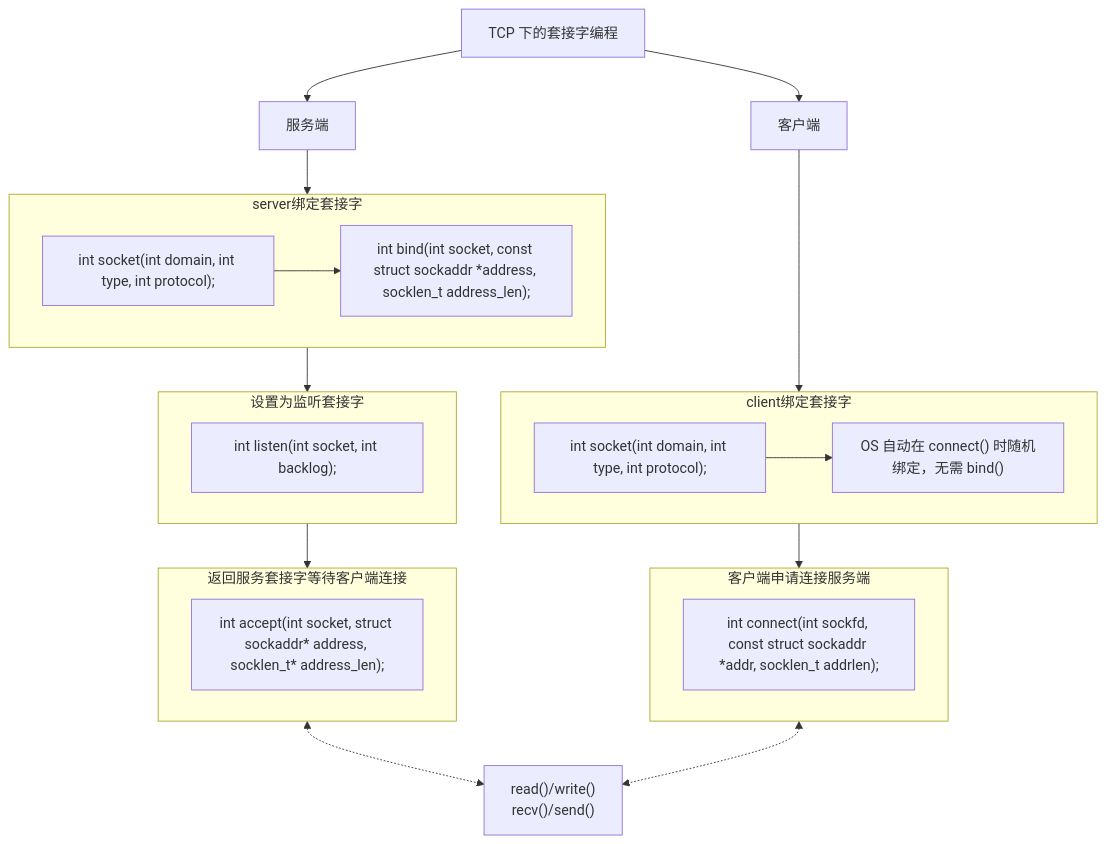
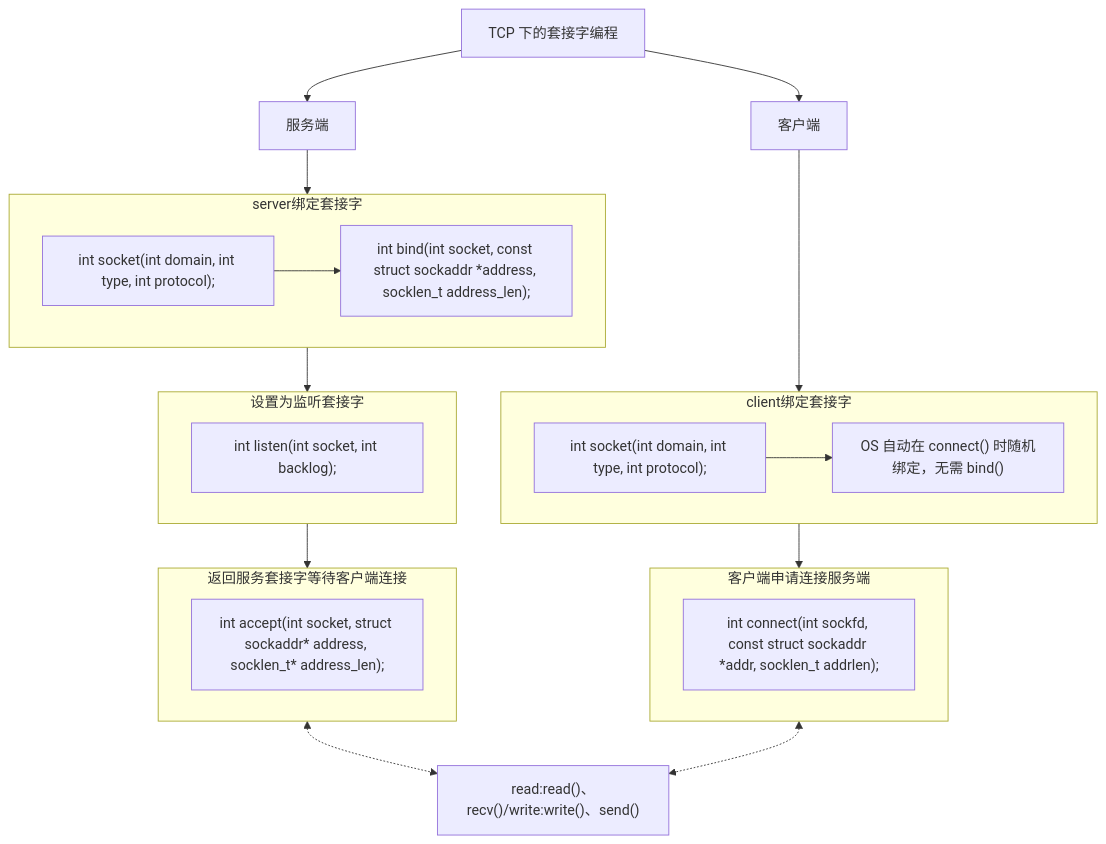
One commit to xiaogithubooo/LimouLearnNote changed the third of 3 diagrams in Computer_Networks_Note/002+limou+2024_01_23+套接字编程.md. Above: the diagram before and after it, drawn with Mermaid. The commit also changed other lines of this file and 3 other files, not shown here.

````diff
--- a/Computer_Networks_Note/002+limou+2024_01_23+套接字编程.md
+++ b/Computer_Networks_Note/002+limou+2024_01_23+套接字编程.md
@@ -2511,33 +2511,33 @@
 ```mermaid
 flowchart TD
 tcp["TCP 下的套接字编程"] --> server & client
 
 
 server["服务端"]
 subgraph server绑定套接字
     socketbind["int socket(int domain, int type, int protocol);"]
     bind["int bind(int socket, const struct sockaddr *address, socklen_t address_len);"]
     socketbind --> bind    
 end
 subgraph 设置为监听套接字
     listen["int listen(int socket, int backlog);"]
 end
 subgraph 返回服务套接字等待客户端连接
     accept["int accept(int socket, struct sockaddr* address, socklen_t* address_len);"]
 end
 server --> server绑定套接字 --> 设置为监听套接字 --> 返回服务套接字等待客户端连接 <-.-> read_and_write
 
 
 client["客户端"]
 subgraph client绑定套接字
     socket["int socket(int domain, int type, int protocol);"]
     auto["OS 自动在 connect() 时随机绑定，无需 bind()"]
     socket --> auto
 end
 subgraph 客户端申请连接服务端
     connect["int connect(int sockfd, const struct sockaddr *addr, socklen_t addrlen);"]
 end
 client ---> client绑定套接字 --> 客户端申请连接服务端 <-.-> read_and_write
 
-read_and_write["read()/write()\nrecv()/send()"]
+read_and_write["read:read()、recv()/write:write()、send()"]
 ```
````
